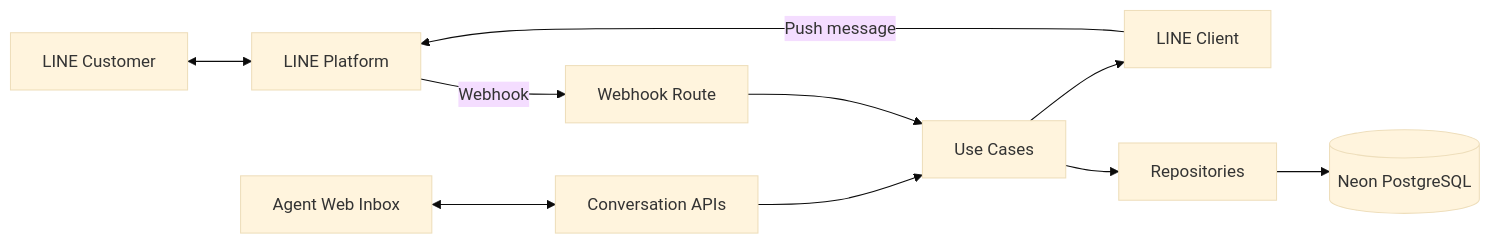
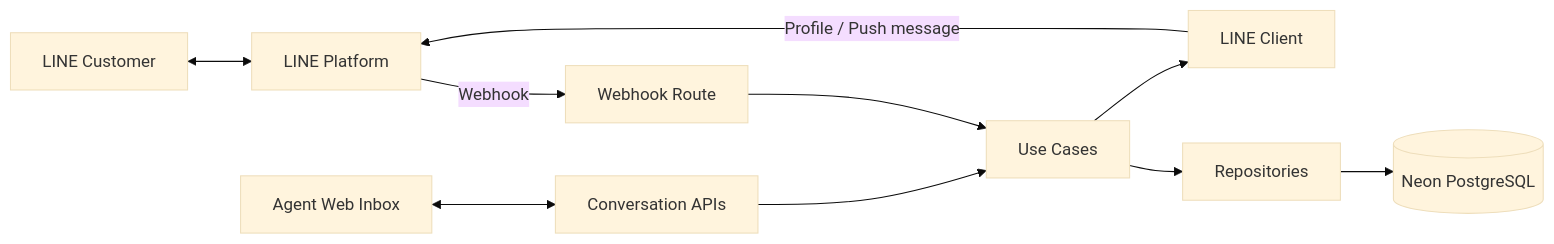
The first of 2 diagrams in README.md (NNICEEt/web-chat-mvp), drawn with Mermaid (base theme) before and after one commit. The commit also changed other lines of this file and 8 other files, not shown here.

````diff
--- a/README.md
+++ b/README.md
@@ -38,22 +37,22 @@
 ```mermaid
 flowchart LR
     Customer[LINE Customer]
     LINE[LINE Platform]
     Webhook[Webhook Route]
     API[Conversation APIs]
     UI[Agent Web Inbox]
     UseCases[Use Cases]
     LineClient[LINE Client]
     Repositories[Repositories]
     DB[(Neon PostgreSQL)]
 
     Customer <--> LINE
     LINE -->|Webhook| Webhook
     Webhook --> UseCases
     UI <--> API
     API --> UseCases
     UseCases --> Repositories
     Repositories --> DB
     UseCases --> LineClient
-    LineClient -->|Push message| LINE
+    LineClient -->|Profile / Push message| LINE
 ```
````
